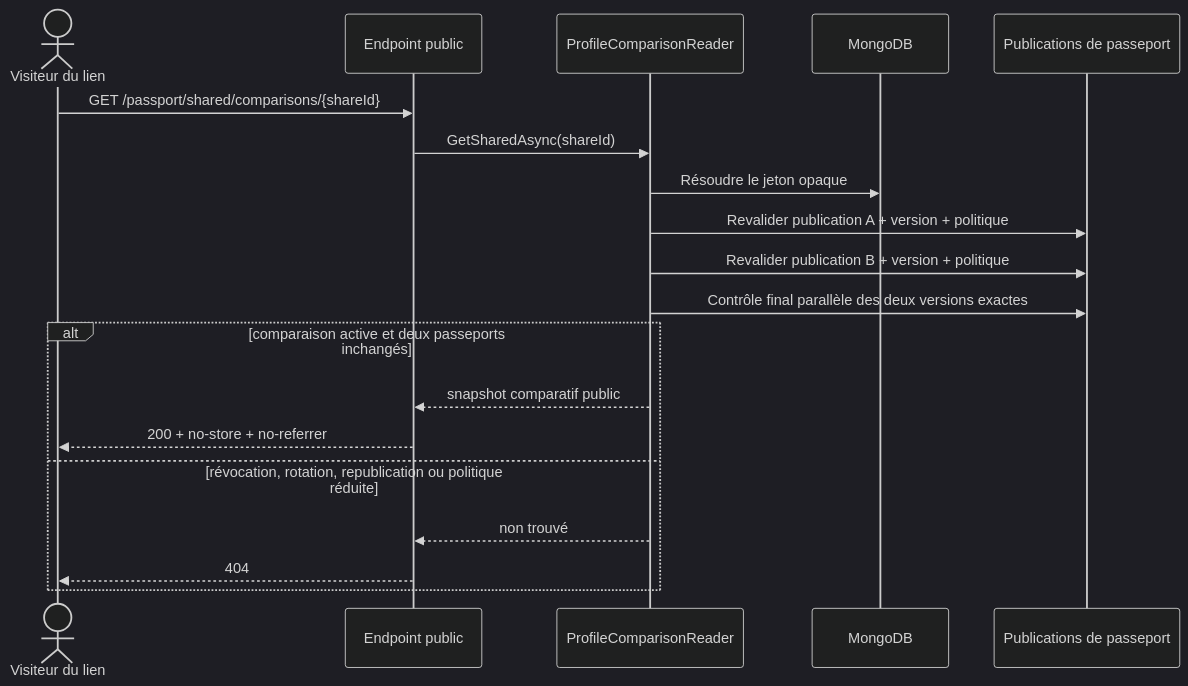
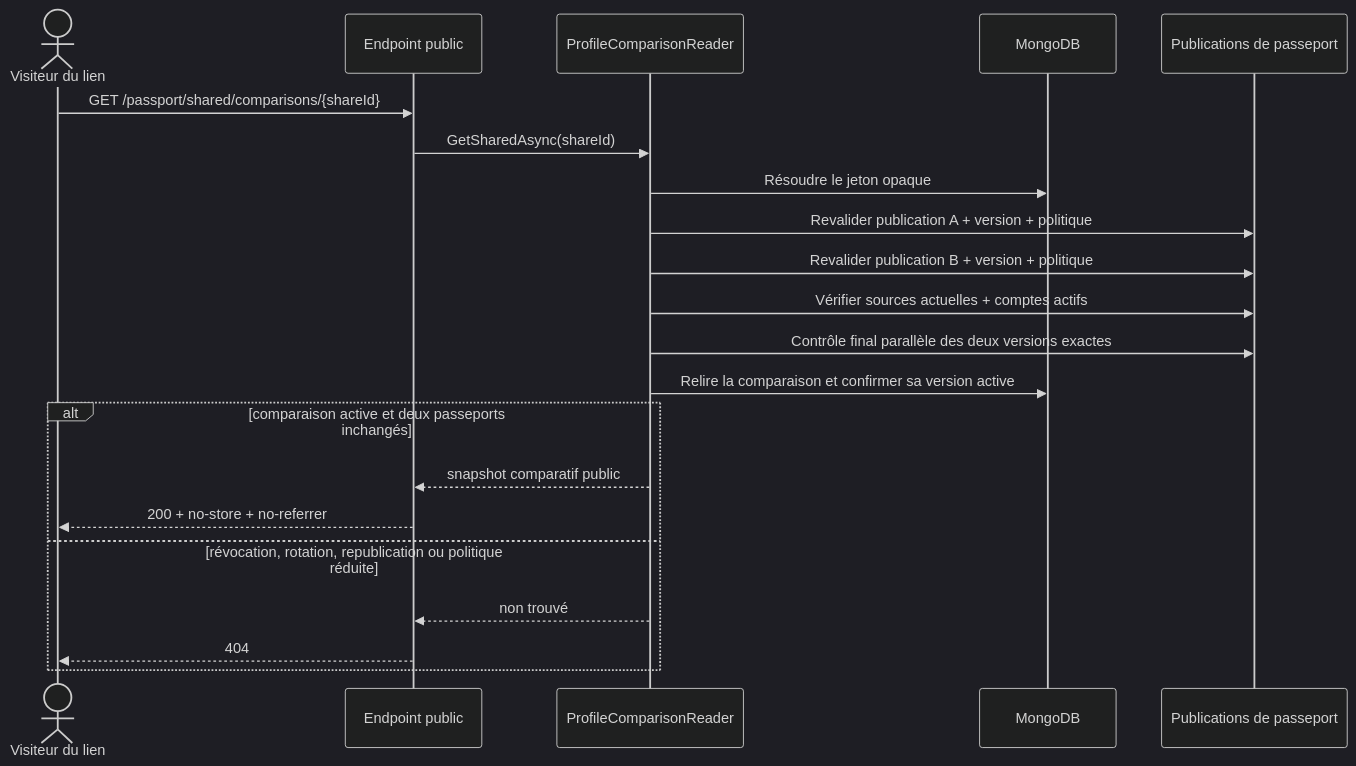
The fifth of 6 diagrams in docs/architecture/product-growth-share-12-profile-comparison-results-2026-09-13.md (Ced59/AmusementParkProject), drawn with Mermaid (dark theme) before and after one commit. The commit also changed other lines of this file and 28 other files, not shown here.

````diff
--- a/docs/architecture/product-growth-share-12-profile-comparison-results-2026-09-13.md
+++ b/docs/architecture/product-growth-share-12-profile-comparison-results-2026-09-13.md
@@ -289,22 +289,24 @@
 ```mermaid
 sequenceDiagram
   actor V as Visiteur du lien
   participant API as Endpoint public
   participant READ as ProfileComparisonReader
   participant DB as MongoDB
   participant PUB as Publications de passeport
 
   V->>API: GET /passport/shared/comparisons/{shareId}
   API->>READ: GetSharedAsync(shareId)
   READ->>DB: Résoudre le jeton opaque
   READ->>PUB: Revalider publication A + version + politique
   READ->>PUB: Revalider publication B + version + politique
+  READ->>PUB: Vérifier sources actuelles + comptes actifs
   READ->>PUB: Contrôle final parallèle des deux versions exactes
+  READ->>DB: Relire la comparaison et confirmer sa version active
   alt comparaison active et deux passeports inchangés
     READ-->>API: snapshot comparatif public
     API-->>V: 200 + no-store + no-referrer
   else révocation, rotation, republication ou politique réduite
     READ-->>API: non trouvé
     API-->>V: 404
   end
 ```
````
